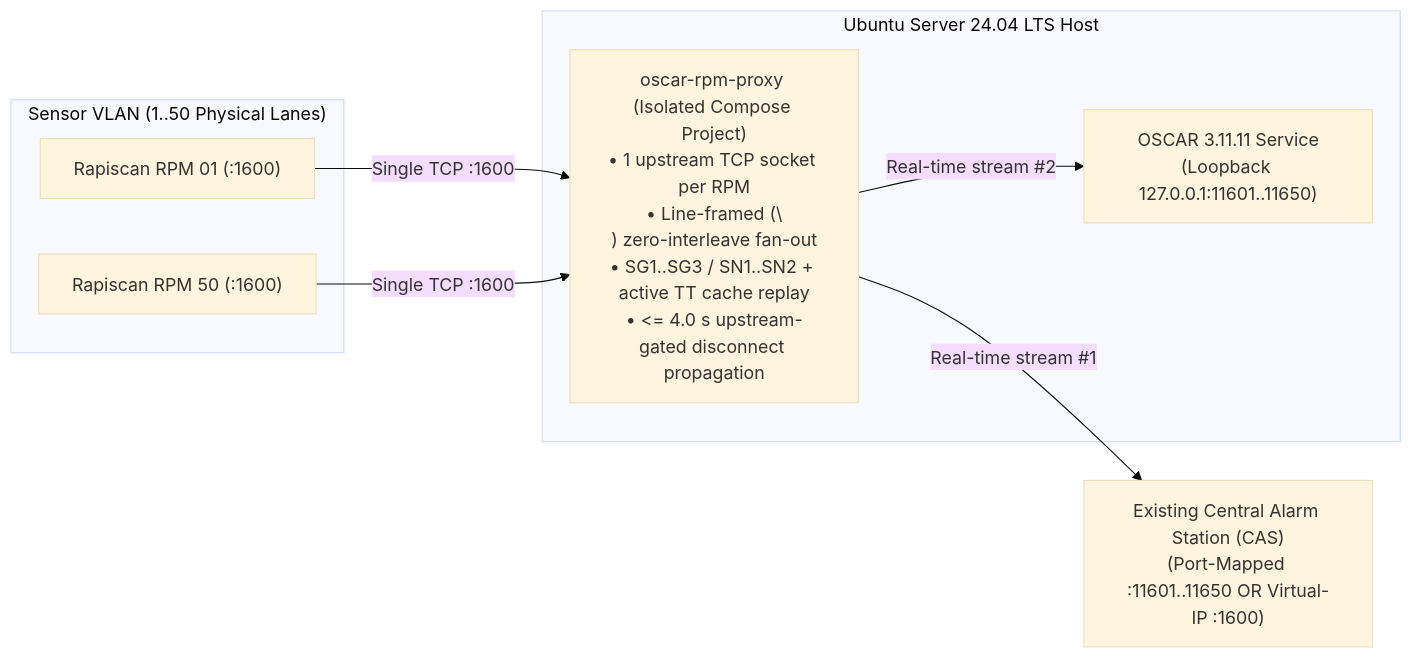
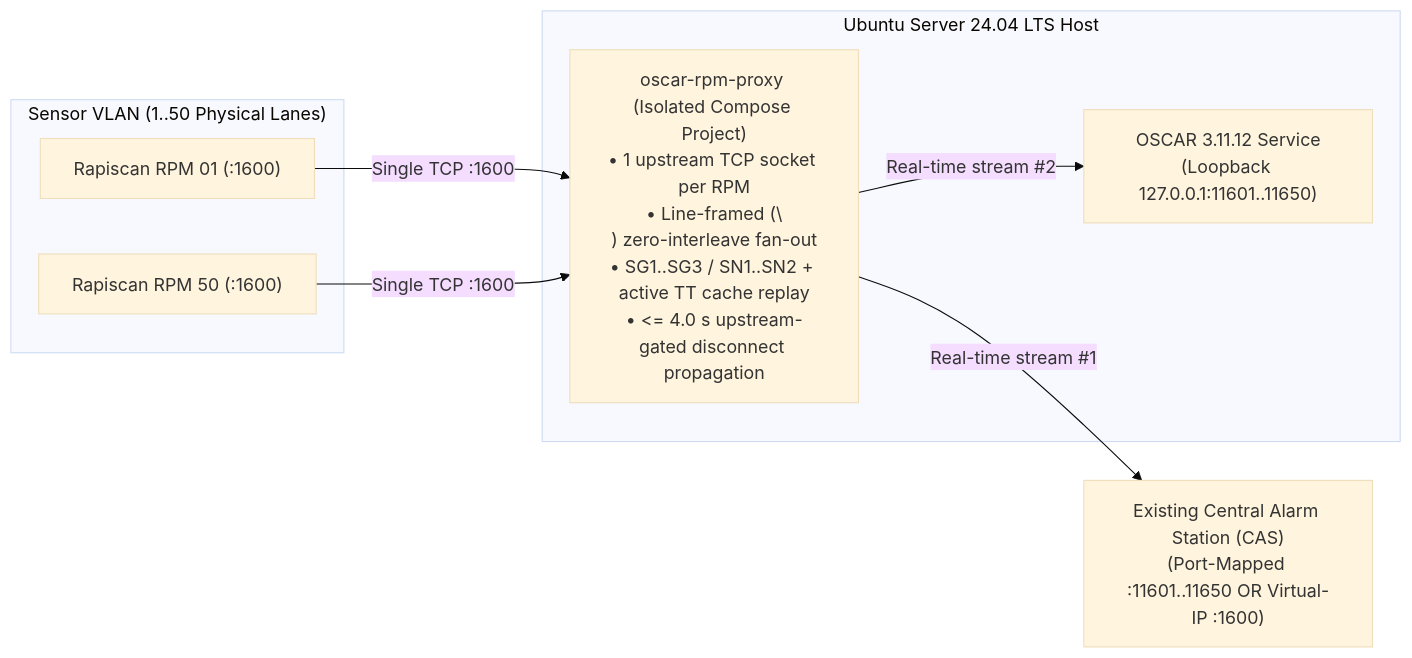
The diagram in docs/RPM_EDGE_PROXY_GUIDE.md (ORNL/oscar), drawn with Mermaid (base theme) before and after one commit. The commit also changed other lines of this file and 28 other files, not shown here.

````diff
--- a/docs/RPM_EDGE_PROXY_GUIDE.md
+++ b/docs/RPM_EDGE_PROXY_GUIDE.md
@@ -13,19 +13,19 @@
 ```mermaid
 flowchart LR
     subgraph SensorVLAN["Sensor VLAN (1..50 Physical Lanes)"]
         RPM1["Rapiscan RPM 01 (:1600)"]
         RPM50["Rapiscan RPM 50 (:1600)"]
     end
 
     subgraph OscarHost["Ubuntu Server 24.04 LTS Host"]
         Proxy["oscar-rpm-proxy (Isolated Compose Project)\n• 1 upstream TCP socket per RPM\n• Line-framed (\\n) zero-interleave fan-out\n• SG1..SG3 / SN1..SN2 + active TT cache replay\n• <= 4.0 s upstream-gated disconnect propagation"]
-        OSCAR["OSCAR 3.11.11 Service\n(Loopback 127.0.0.1:11601..11650)"]
+        OSCAR["OSCAR 3.11.12 Service\n(Loopback 127.0.0.1:11601..11650)"]
     end
 
     CAS["Existing Central Alarm Station (CAS)\n(Port-Mapped :11601..11650 OR Virtual-IP :1600)"]
 
     RPM1 -->|"Single TCP :1600"| Proxy
     RPM50 -->|"Single TCP :1600"| Proxy
     Proxy -->|"Real-time stream #1"| CAS
     Proxy -->|"Real-time stream #2"| OSCAR
 ```
````
